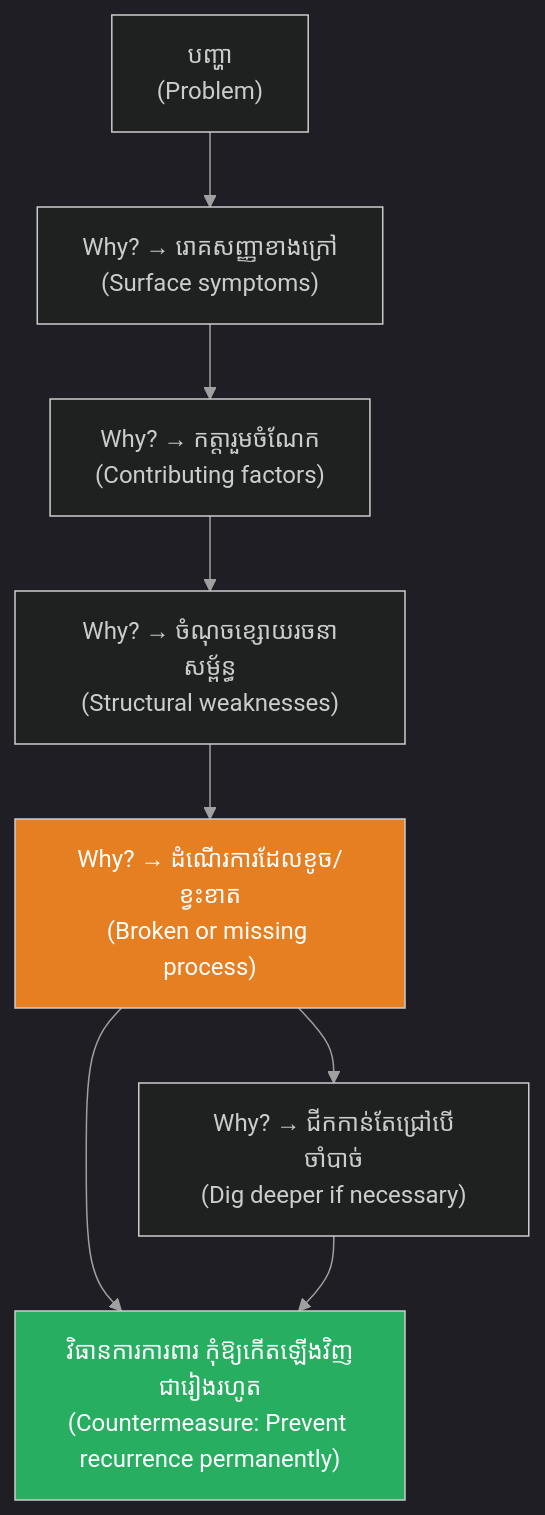
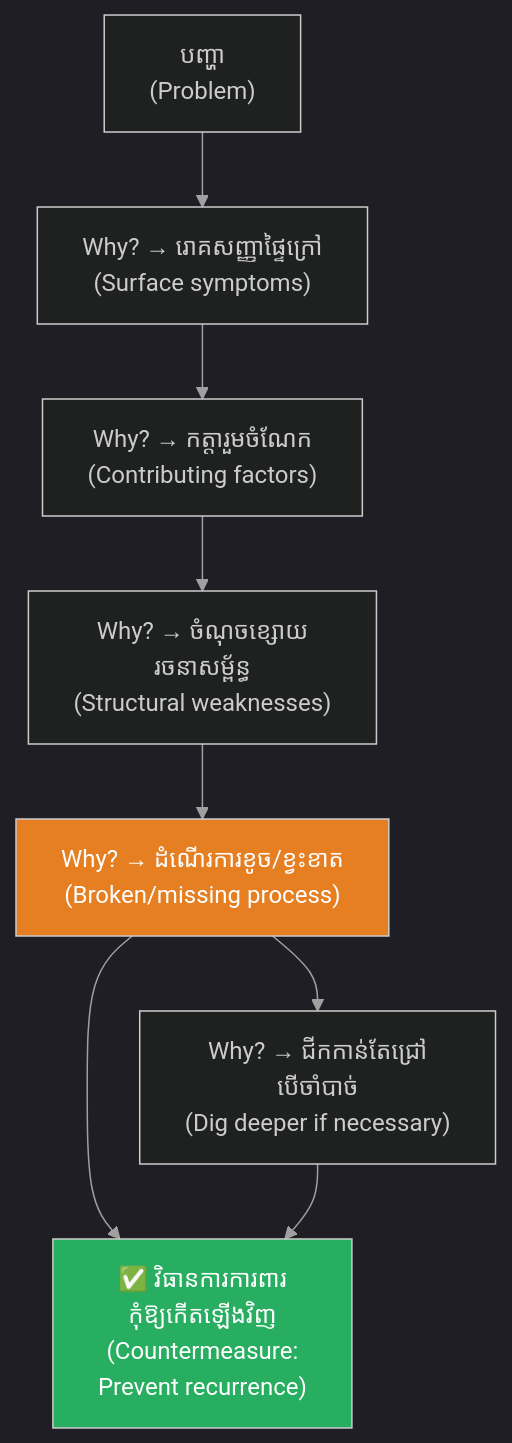
One commit to iblogger855/iblogger-feeds changed the eighth of 8 diagrams in feeds/concepts/articles/02-five-whys-technique.md. Above: the diagram before and after it, drawn with Mermaid. The commit also changed other lines of this file, not shown here.

Commit message:
docs: improve 02-five-whys-technique.md content layout and diagram styling

````diff
--- a/feeds/concepts/articles/02-five-whys-technique.md
+++ b/feeds/concepts/articles/02-five-whys-technique.md
@@ -506,22 +515,22 @@
 ```mermaid
 %%{init: {
   'theme': 'dark',
   'themeVariables': {
     'background': '#1e1e1e',
     'primaryTextColor': '#ffffff',
     'lineColor': '#a0a0a0'
   },
   'themeCSS': 'svg { background-color: #1e1e1e !important; padding: 1rem !important; border-radius: 8px !important; } .edgeLabel rect { fill: #1e1e1e !important; } text, tspan { fill: #ffffff !important; }'
 }}%%
 graph TD
-    A["បញ្ហា<br/>(Problem)"] --> B["Why? → រោគសញ្ញាខាងក្រៅ<br/>(Surface symptoms)"]
+    A["បញ្ហា<br/>(Problem)"] --> B["Why? → រោគសញ្ញាផ្ទៃក្រៅ<br/>(Surface symptoms)"]
     B --> C["Why? → កត្តារួមចំណែក<br/>(Contributing factors)"]
-    C --> D["Why? → ចំណុចខ្សោយរចនាសម្ព័ន្ធ<br/>(Structural weaknesses)"]
-    D --> E["Why? → ដំណើរការដែលខូច/ខ្វះខាត<br/>(Broken or missing process)"]
-    E --> F["វិធានការការពារ កុំឱ្យកើតឡើងវិញជារៀងរហូត<br/>(Countermeasure: Prevent recurrence permanently)"]
-    E --> G["Why? → ជីកកាន់តែជ្រៅបើចាំបាច់<br/>(Dig deeper if necessary)"]
+    C --> D["Why? → ចំណុចខ្សោយ<br/>រចនាសម្ព័ន្ធ<br/>(Structural weaknesses)"]
+    D --> E["Why? → ដំណើរការខូច/ខ្វះខាត<br/>(Broken/missing process)"]
+    E --> F["✅ វិធានការការពារ<br/>កុំឱ្យកើតឡើងវិញ<br/>(Countermeasure:<br/>Prevent recurrence)"]
+    E --> G["Why? → ជីកកាន់តែជ្រៅ<br/>បើចាំបាច់<br/>(Dig deeper if necessary)"]
     G --> F
 
     style E fill:#e67e22,color:#fff
     style F fill:#27ae60,color:#fff
 ```
````
